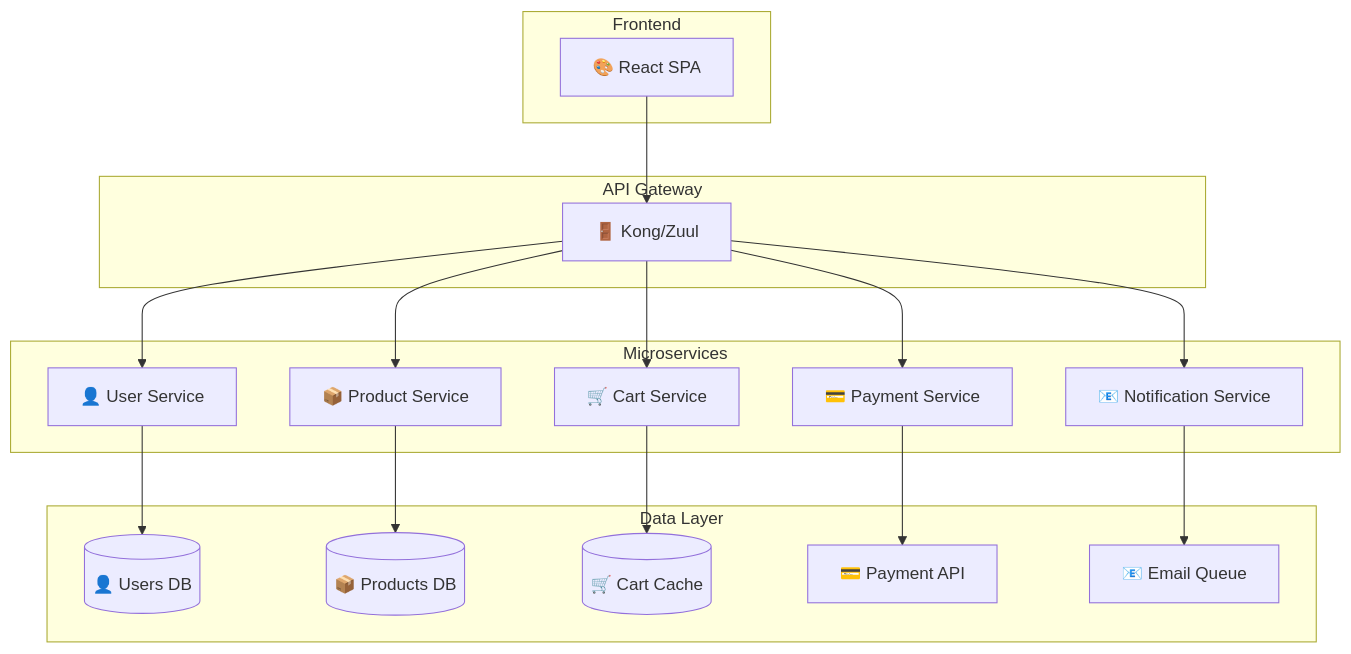
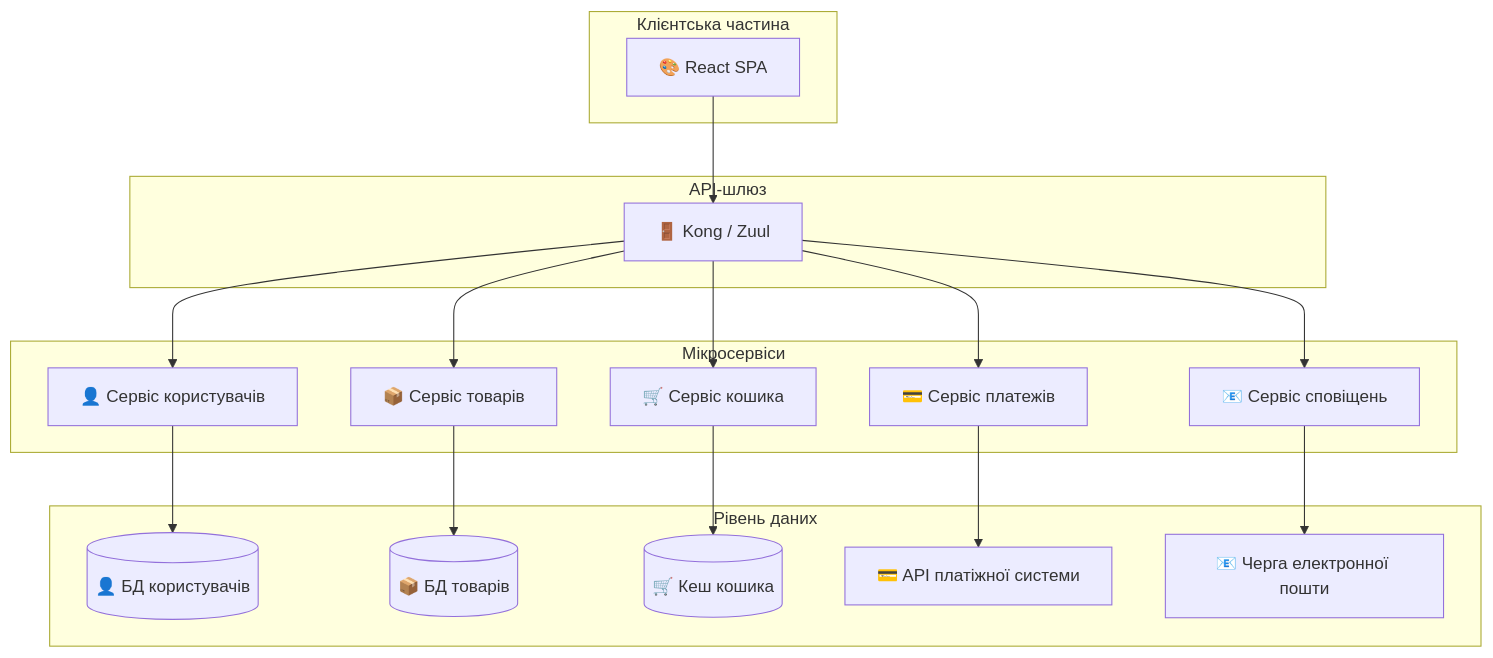
The fourth of 19 diagrams in lectures/lecture-01.md (olroi421/course-web), drawn with Mermaid before and after one commit. The commit also changed other lines of this file and 4 other files, not shown here.

````diff
--- a/lectures/lecture-01.md
+++ b/lectures/lecture-01.md
@@ -188,39 +221,39 @@
 ```mermaid
 graph TB
-    subgraph "Frontend"
+    subgraph "Клієнтська частина"
         A[🎨 React SPA]
     end
 
-    subgraph "API Gateway"
-        B[🚪 Kong/Zuul]
+    subgraph "API-шлюз"
+        B[🚪 Kong / Zuul]
     end
 
-    subgraph "Microservices"
-        C[👤 User Service]
-        D[📦 Product Service]
-        E[🛒 Cart Service]
-        F[💳 Payment Service]
-        G[📧 Notification Service]
+    subgraph "Мікросервіси"
+        C[👤 Сервіс користувачів]
+        D[📦 Сервіс товарів]
+        E[🛒 Сервіс кошика]
+        F[💳 Сервіс платежів]
+        G[📧 Сервіс сповіщень]
     end
 
-    subgraph "Data Layer"
-        H[(👤 Users DB)]
-        I[(📦 Products DB)]
-        J[(🛒 Cart Cache)]
-        K[💳 Payment API]
-        L[📧 Email Queue]
+    subgraph "Рівень даних"
+        H[(👤 БД користувачів)]
+        I[(📦 БД товарів)]
+        J[(🛒 Кеш кошика)]
+        K[💳 API платіжної системи]
+        L[📧 Черга електронної пошти]
     end
 
     A --> B
     B --> C
     B --> D
     B --> E
     B --> F
     B --> G
 
     C --> H
     D --> I
     E --> J
     F --> K
     G --> L
 ```
````
